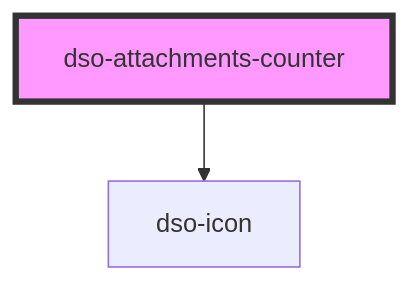
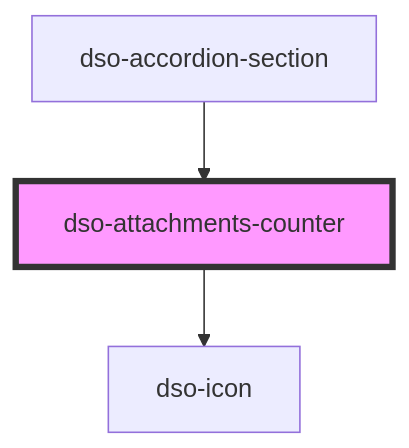
One commit to dso-toolkit/dso-toolkit changed the diagram in packages/core/src/components/attachments-counter/readme.md. Above: the diagram before and after it, drawn with Mermaid. The commit also changed other lines of this file and 3 other files, not shown here.

````diff
--- a/packages/core/src/components/attachments-counter/readme.md
+++ b/packages/core/src/components/attachments-counter/readme.md
@@ -22,5 +26,6 @@
 ```mermaid
 graph TD;
   dso-attachments-counter --> dso-icon
+  dso-accordion-section --> dso-attachments-counter
   style dso-attachments-counter fill:#f9f,stroke:#333,stroke-width:4px
 ```
````
